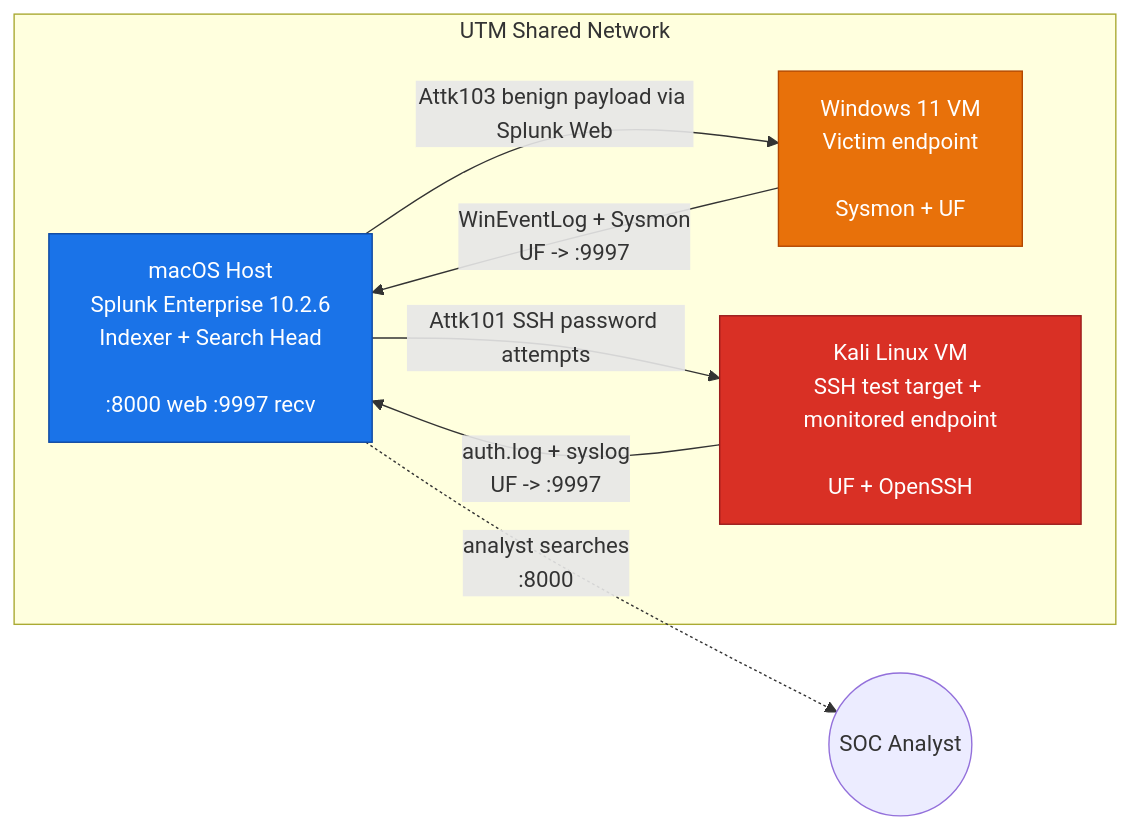
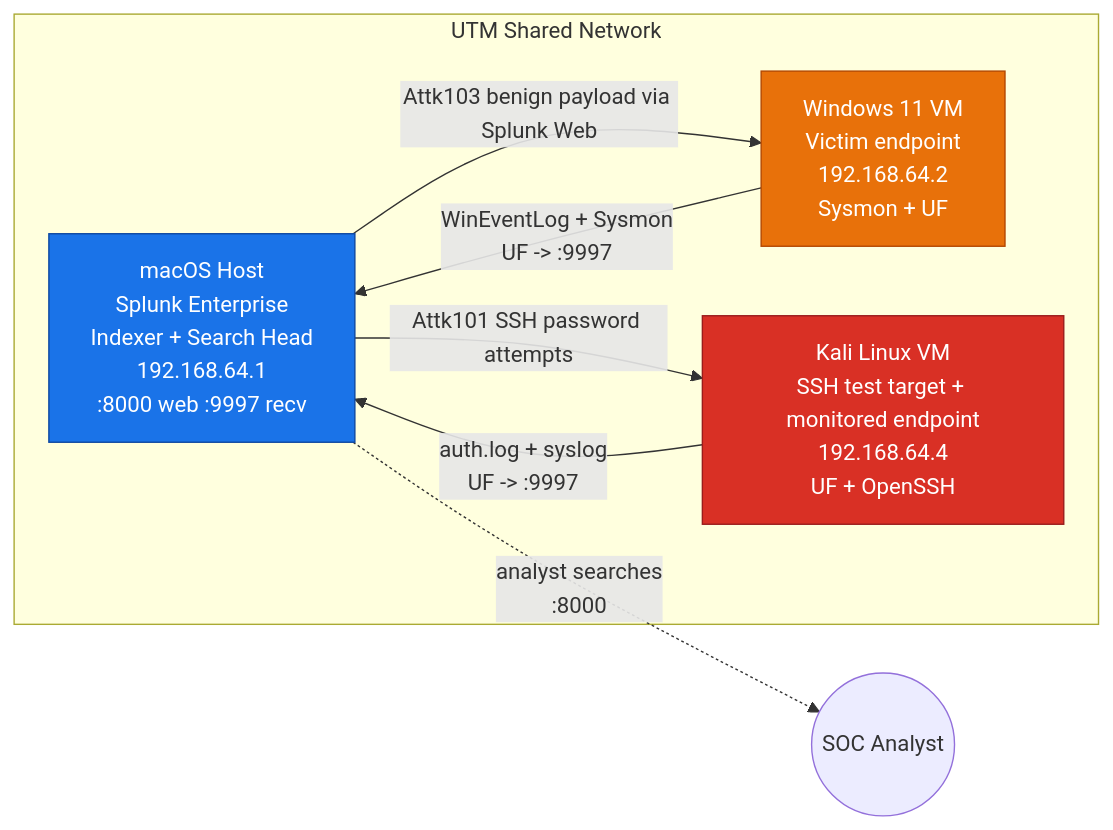
The diagram in 06-deliverables/architecture.md (YeandAmen/SOC-Playground), drawn with Mermaid before and after one commit. The commit also changed other lines of this file and 1 other file, not shown here.

Commit message:
Add report-ready architecture topology diagram

````diff
--- a/06-deliverables/architecture.md
+++ b/06-deliverables/architecture.md
@@ -7,21 +23,21 @@
 ```mermaid
 flowchart LR
     subgraph UTM["UTM Shared Network <utm-subnet>"]
-        MAC["macOS Host\nSplunk Enterprise 10.2.6\nIndexer + Search Head\n<mac-ip>\n:8000 web  :9997 recv"]
-        WIN["Windows 11 VM\nVictim endpoint\n<windows-ip>\nSysmon + UF"]
-        KALI["Kali Linux VM\nSSH test target + monitored endpoint\n<kali-ip>\nUF + OpenSSH"]
+        MAC["macOS Host\nSplunk Enterprise\nIndexer + Search Head\n192.168.64.1\n:8000 web  :9997 recv"]
+        WIN["Windows 11 VM\nVictim endpoint\n192.168.64.2\nSysmon + UF"]
+        KALI["Kali Linux VM\nSSH test target + monitored endpoint\n192.168.64.4\nUF + OpenSSH"]
     end
 
     WIN -- "WinEventLog + Sysmon\nUF -> :9997" --> MAC
     KALI -- "auth.log + syslog\nUF -> :9997" --> MAC
     MAC -- "Attk101 SSH password attempts" --> KALI
     MAC -- "Attk103 benign payload via Splunk Web" --> WIN
     MAC -. "analyst searches\n:8000" .-> USER((SOC Analyst))
 
     classDef siem fill:#1a73e8,color:#fff,stroke:#0d47a1
     classDef victim fill:#e8710a,color:#fff,stroke:#b34700
     classDef attacker fill:#d93025,color:#fff,stroke:#9a1c1c
     class MAC siem
     class WIN victim
     class KALI attacker
 ```
````
